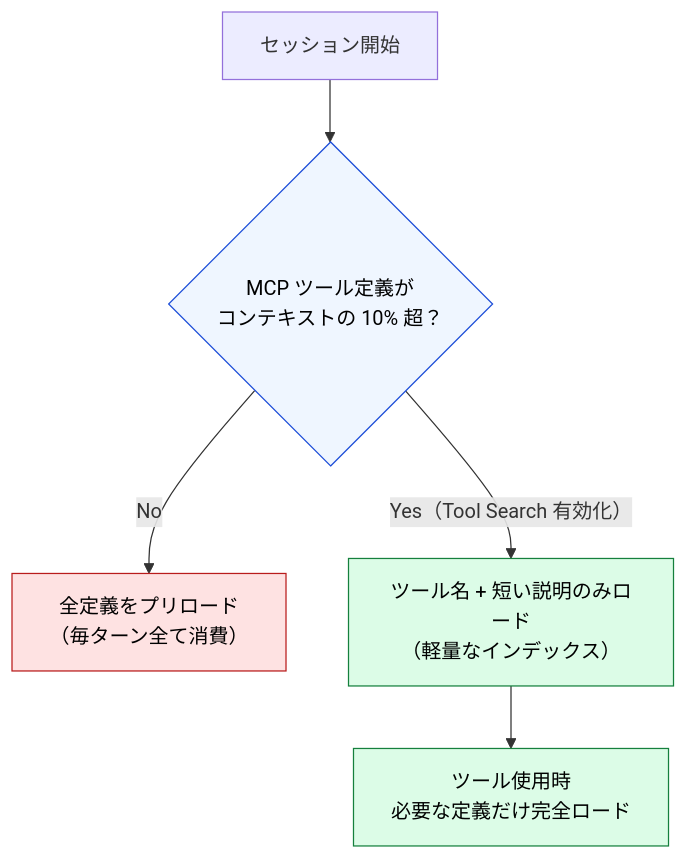
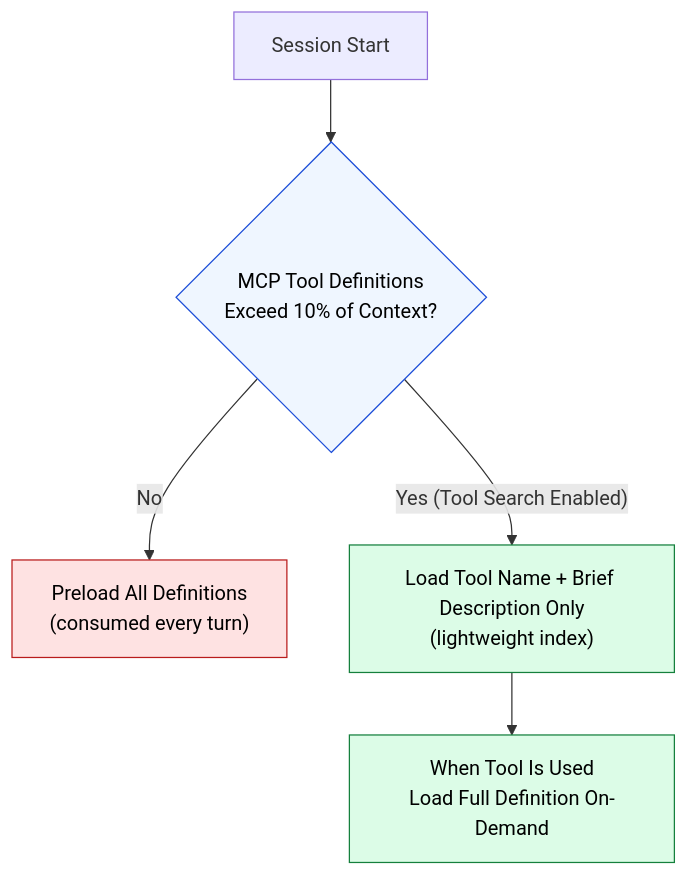
The diagram in docs/06-tool-context/tool-search.md (shuji-bonji/understanding-llm-through-claude-code), drawn with Mermaid before and after one commit. The commit also changed other lines of this file and 100 other files, not shown here.

````diff
--- a/docs/06-tool-context/tool-search.md
+++ b/docs/06-tool-context/tool-search.md
@@ -12,18 +14,18 @@
 ```mermaid
 flowchart TD
-    START["セッション開始"]
-    CHECK{"MCP ツール定義が<br>コンテキストの 10% 超？"}
-    FULL["全定義をプリロード<br>（毎ターン全て消費）"]
-    INDEX["ツール名 + 短い説明のみロード<br>（軽量なインデックス）"]
-    USE["ツール使用時<br>必要な定義だけ完全ロード"]
+    START["Session Start"]
+    CHECK{"MCP Tool Definitions<br>Exceed 10% of Context?"}
+    FULL["Preload All Definitions<br>(consumed every turn)"]
+    INDEX["Load Tool Name + Brief Description Only<br>(lightweight index)"]
+    USE["When Tool Is Used<br>Load Full Definition On-Demand"]
 
     START --> CHECK
     CHECK -->|"No"| FULL
-    CHECK -->|"Yes（Tool Search 有効化）"| INDEX
+    CHECK -->|"Yes (Tool Search Enabled)"| INDEX
     INDEX --> USE
 
     style CHECK fill:#eff6ff,stroke:#1d4ed8,color:#000
     style FULL fill:#fee2e2,stroke:#b91c1c,color:#000
     style INDEX fill:#dcfce7,stroke:#15803d,color:#000
     style USE fill:#dcfce7,stroke:#15803d,color:#000
 ```
````
